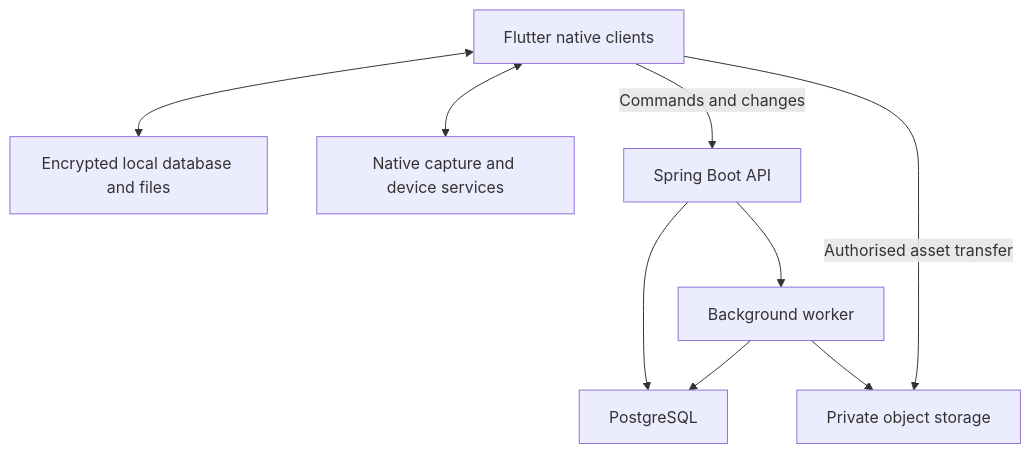
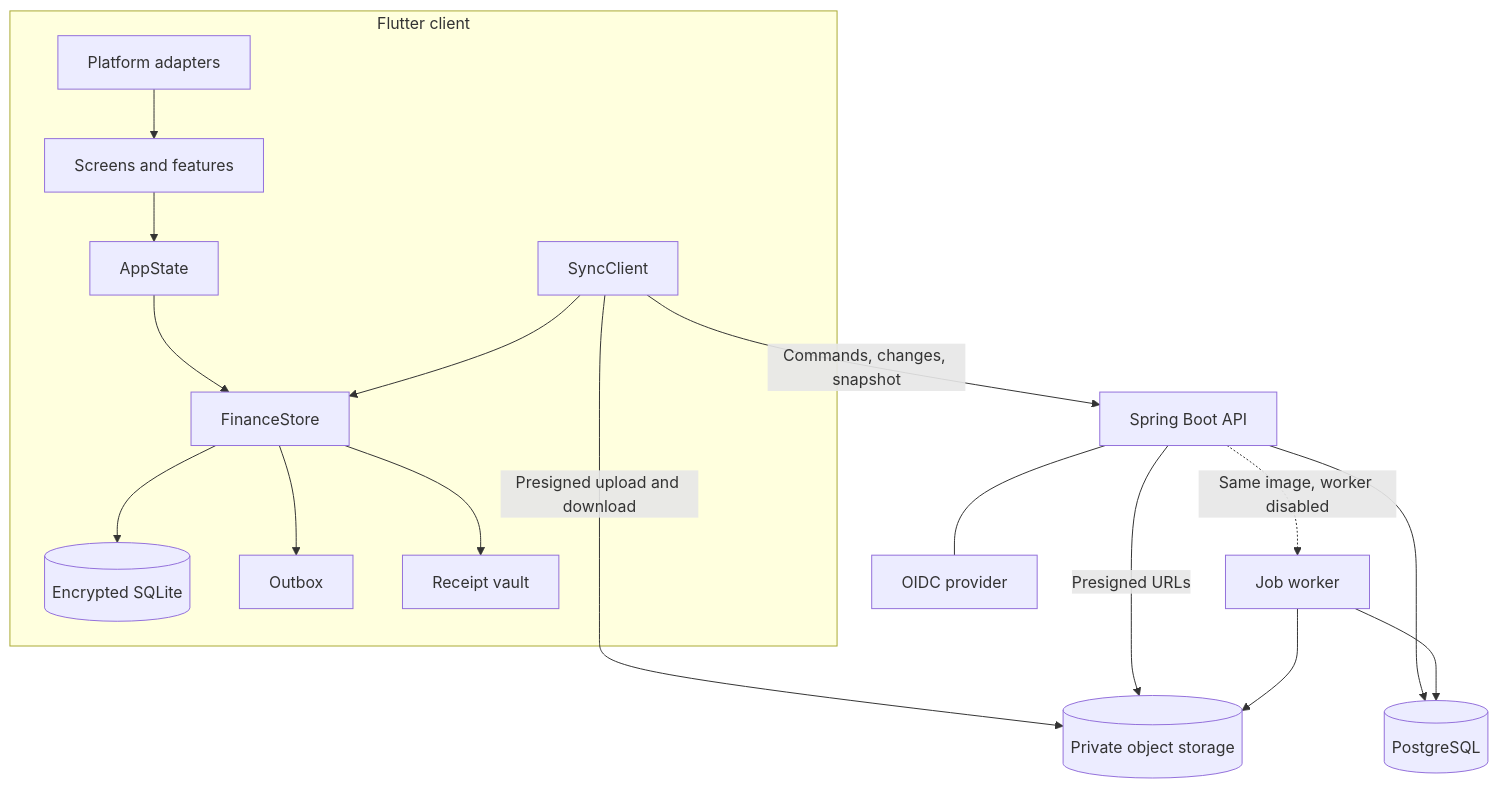
The diagram in src/docs/modules/architecture/examples/component-diagram.mmd (bovinemagnet/flutter-finances), drawn with Mermaid before and after one commit. The commit also changed 44 other files, not shown here.

```diff
--- a/src/docs/modules/architecture/examples/component-diagram.mmd
+++ b/src/docs/modules/architecture/examples/component-diagram.mmd
@@ -1,9 +1,18 @@
 flowchart TB
-    C[Flutter native clients] <--> L[Encrypted local database and files]
-    C <--> N[Native capture and device services]
-    C -->|Commands and changes| A[Spring Boot API]
-    C -->|Authorised asset transfer| O[Private object storage]
-    A --> P[PostgreSQL]
-    A --> W[Background worker]
-    W --> P
-    W --> O
+    subgraph Client[Flutter client]
+        UI[Screens and features] --> AS[AppState]
+        AS --> ST[FinanceStore]
+        ST --> DB[(Encrypted SQLite)]
+        ST --> OB[Outbox]
+        ST --> VA[Receipt vault]
+        SC[SyncClient] --> ST
+        PA[Platform adapters] --> UI
+    end
+    SC -->|Commands, changes, snapshot| API[Spring Boot API]
+    SC -->|Presigned upload and download| OS[(Private object storage)]
+    API --> PG[(PostgreSQL)]
+    API -->|Presigned URLs| OS
+    W[Job worker] --> PG
+    W --> OS
+    API -.->|Same image, worker disabled| W
+    API --- IDP[OIDC provider]
```
